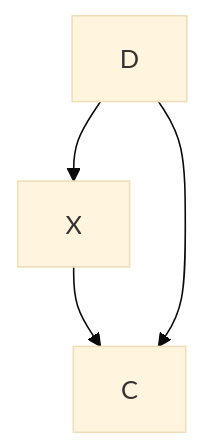
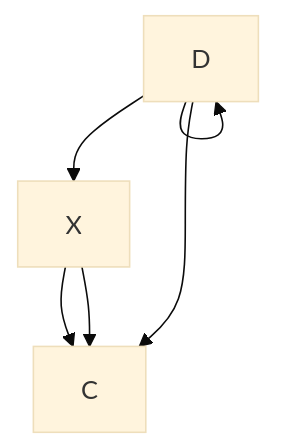
One commit to cmcntsh/StatBayesAnalysisChecklist changed the third of 3 diagrams in README.md. Above: the diagram before and after it, drawn with Mermaid (base theme).

Commit message:
Fix mermaid syntax for graph connections

````diff
--- a/README.md
+++ b/README.md
@@ -24,8 +24,7 @@
 ```mermaid
 graph TD
     X --> C
-    D --> X
-    D --> C
+    D --> X & D --> C
     
 
 ```
````
